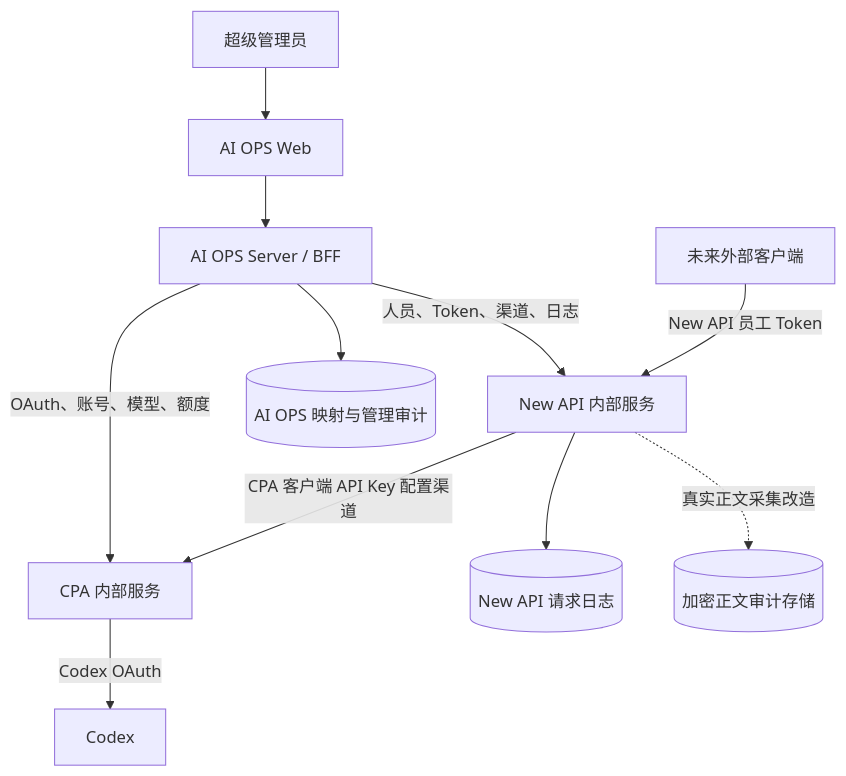
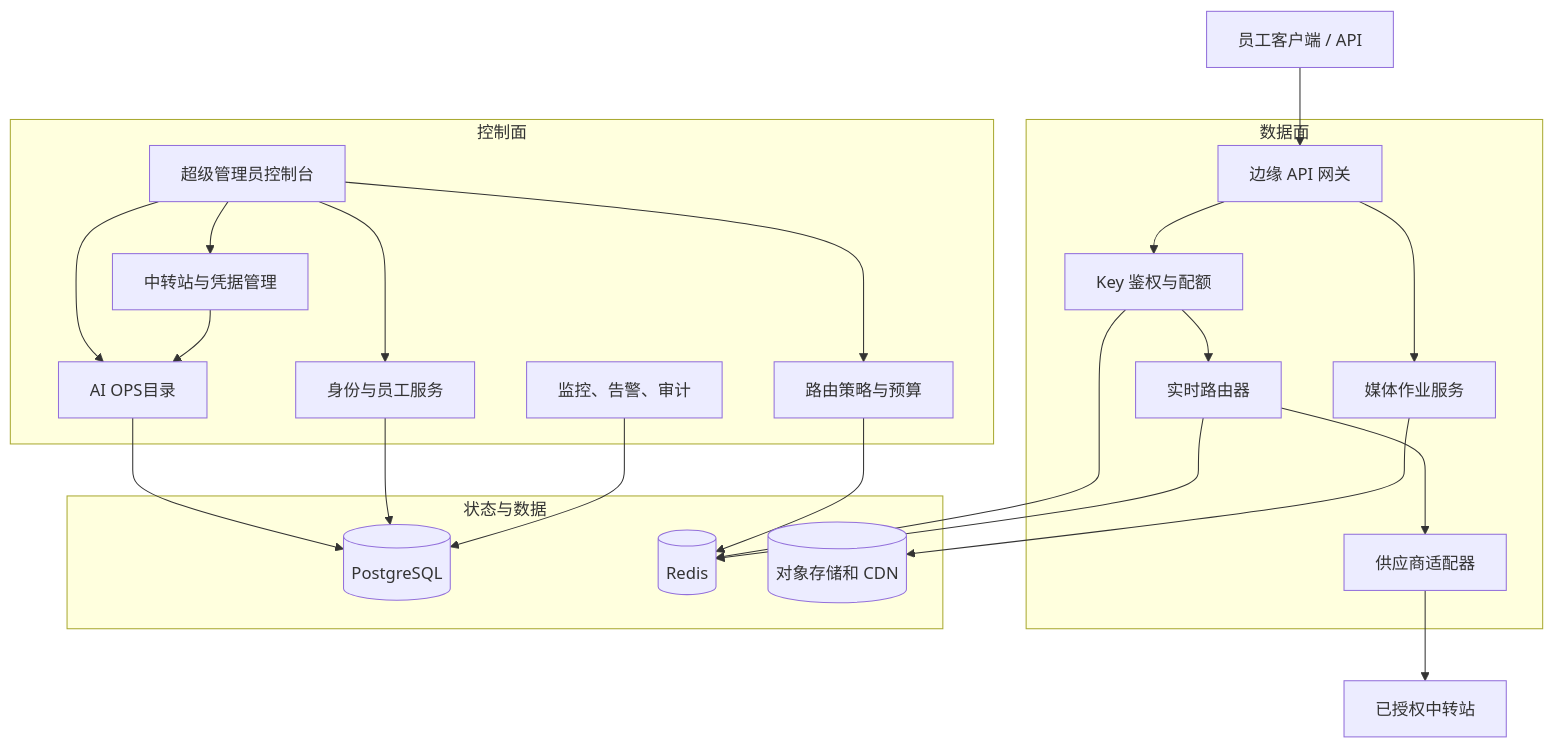
The diagram in docs-site/content/technical/architecture.md (wqdcjnb/ai-ops-platform), drawn with Mermaid before and after one commit. The commit also changed other lines of this file and 197 other files, not shown here.

````diff
--- a/docs-site/content/technical/architecture.md
+++ b/docs-site/content/technical/architecture.md
@@ -7,13 +9,39 @@
-```mermaid
+~~~mermaid
 flowchart TB
-  A[超级管理员] --> W[AI OPS Web]
-  W --> B[AI OPS Server / BFF]
-  B -->|人员、Token、渠道、日志| N[New API 内部服务]
-  B -->|OAuth、账号、模型、额度| C[CPA 内部服务]
-  N -->|CPA 客户端 API Key 配置渠道| C
-  C -->|Codex OAuth| X[Codex]
-  B --> M[(AI OPS 映射与管理审计)]
-  N --> L[(New API 请求日志)]
-  N -.真实正文采集改造.-> R[(加密正文审计存储)]
-  E[未来外部客户端] -->|New API 员工 Token| N
-```
+  subgraph Control[控制面]
+    A[超级管理员控制台]
+    I[身份与员工服务]
+    P[中转站与凭据管理]
+    C[AI OPS目录]
+    R[路由策略与预算]
+    O[监控、告警、审计]
+  end
+  subgraph Data[数据面]
+    G[边缘 API 网关]
+    AU[Key 鉴权与配额]
+    RT[实时路由器]
+    AD[供应商适配器]
+    J[媒体作业服务]
+  end
+  subgraph State[状态与数据]
+    DB[(PostgreSQL)]
+    RE[(Redis)]
+    OS[(对象存储和 CDN)]
+  end
+  E[员工客户端 / API] --> G
+  G --> AU --> RT --> AD
+  G --> J
+  A --> I
+  A --> P
+  A --> C
+  A --> R
+  P --> C
+  C --> DB
+  R --> RE
+  AU --> RE
+  RT --> RE
+  J --> OS
+  I --> DB
+  O --> DB
+  AD --> U[已授权中转站]
+~~~
````
